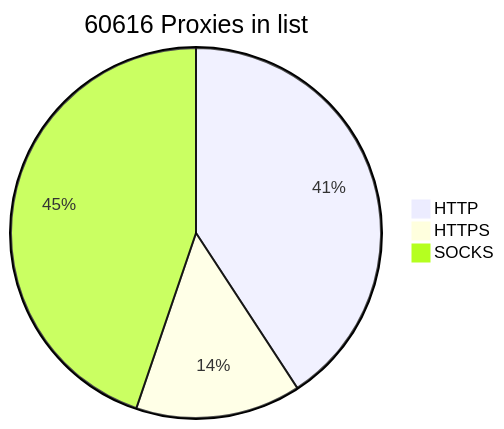
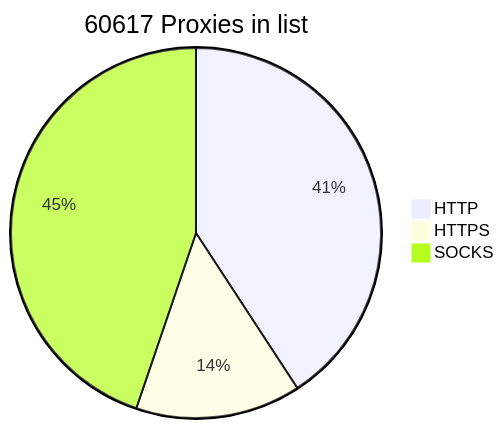
Before and after one commit to BlackSnowDot/proxylist-update-every-minute: the diagram in README.md, drawn with Mermaid.

````diff
--- a/README.md
+++ b/README.md
@@ -2,6 +2,6 @@
 ```mermaid
-pie title 60616 Proxies in list
-    "HTTP" : 27976
-    "HTTPS": 9905
+pie title 60617 Proxies in list
+    "HTTP" : 27977
+    "HTTPS": 9904
     "SOCKS" : 30714
 ```
````
